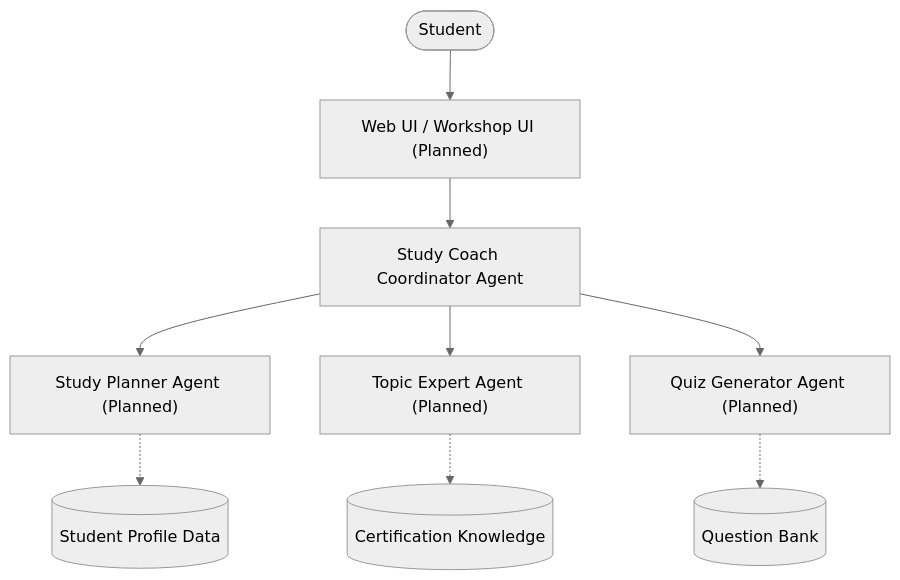
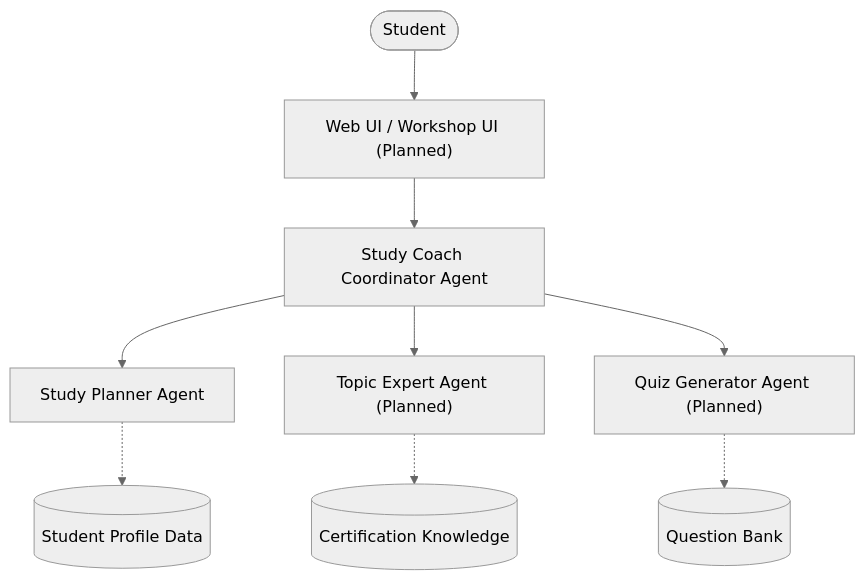
The diagram in docs/architecture.md (harshjangid1015/gemini-adk-study-coach-lab), drawn with Mermaid (neutral theme) before and after one commit. The commit also changed other lines of this file and 19 other files, not shown here.

Commit message:
feat(m2): implement Gemini ADK Study Planner Agent

````diff
--- a/docs/architecture.md
+++ b/docs/architecture.md
@@ -3,13 +3,13 @@
 ```mermaid
 graph TD
     User([Student]) --> UI["Web UI / Workshop UI (Planned)"]
     UI --> Coordinator["Study Coach Coordinator Agent"]
     
-    Coordinator --> Planner["Study Planner Agent (Planned)"]
+    Coordinator --> Planner["Study Planner Agent"]
     Coordinator --> Expert["Topic Expert Agent (Planned)"]
     Coordinator --> Quiz["Quiz Generator Agent (Planned)"]
     
     Planner -.-> Profile[("Student Profile Data")]
     Expert -.-> Docs[("Certification Knowledge")]
     Quiz -.-> QBank[("Question Bank")]
 ```
````
